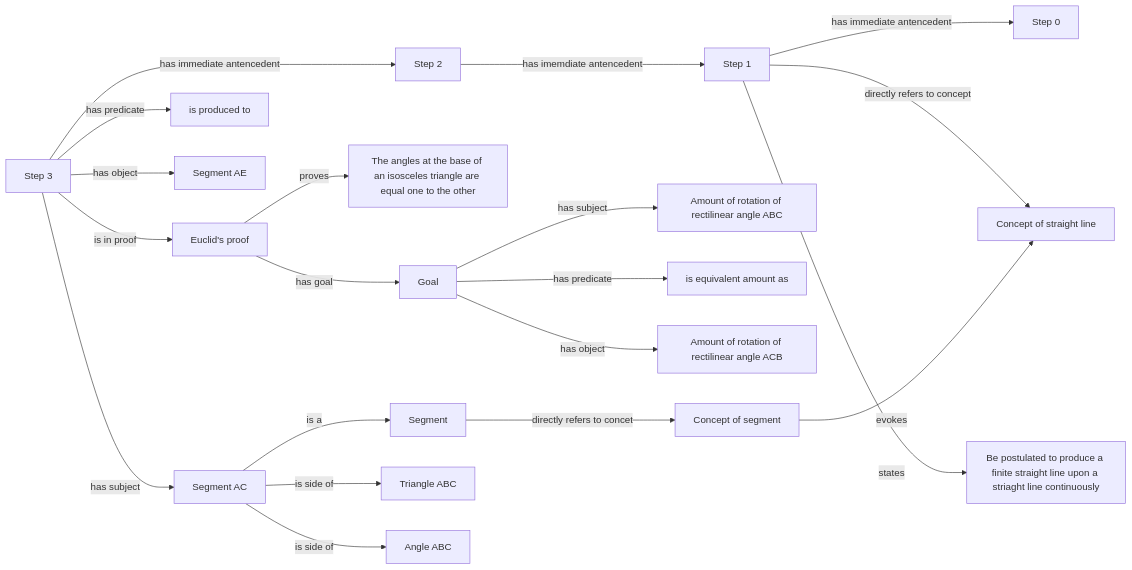
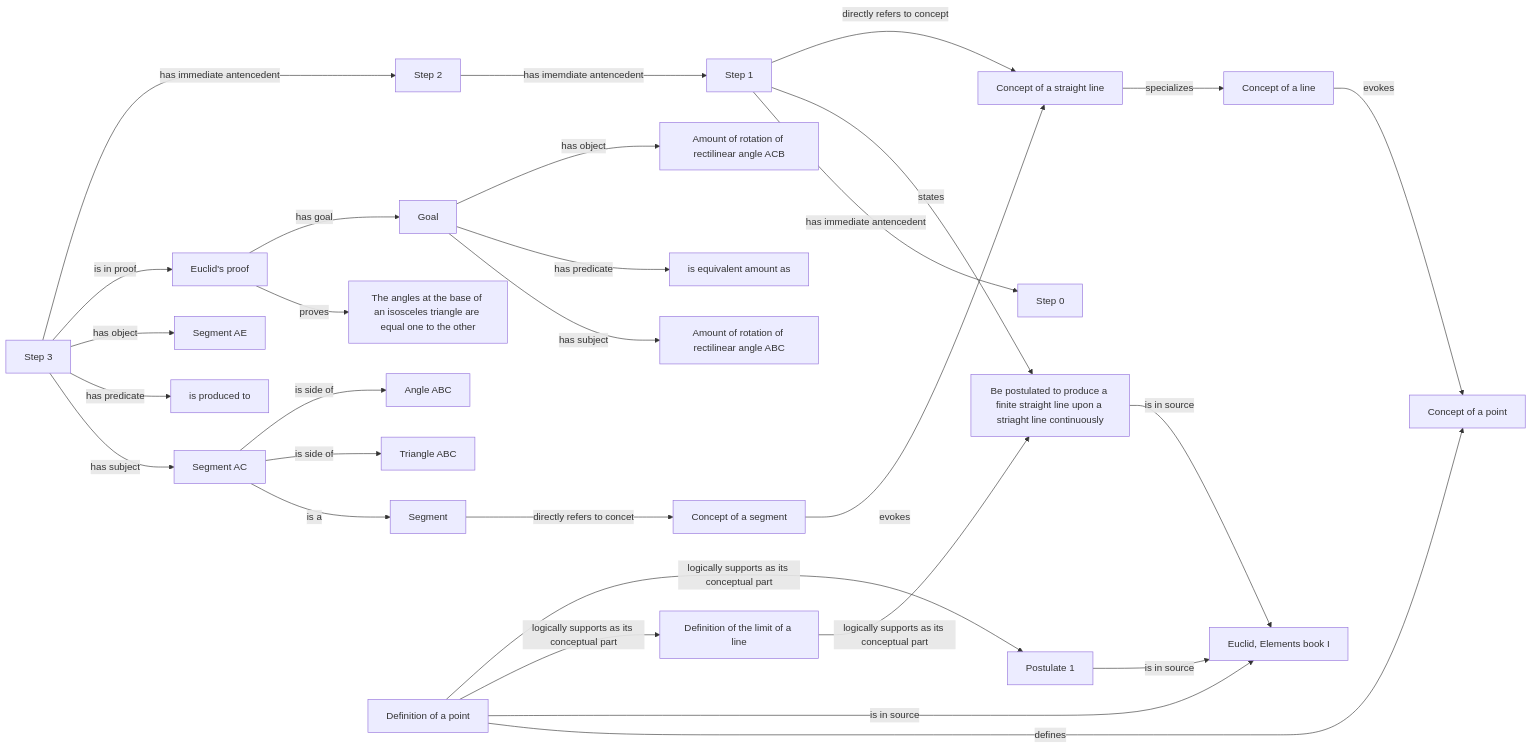
One commit to Mttbnchtt/ontology-and-proofs changed the diagram in ontologies/pappus/diagrams/step3.mmd. Above: the diagram before and after it, drawn with Mermaid.

Commit message:
mermaid code for conceptual space of step 3

```diff
--- a/ontologies/pappus/diagrams/step3.mmd
+++ b/ontologies/pappus/diagrams/step3.mmd
@@ -1,20 +1,29 @@
 flowchart LR
     step3[Step 3]--has subject-->segmentAC[Segment AC] ;
     step3--has predicate-->is_produced_to[is produced to] ;
     step3--has object-->segmentAE[Segment AE] ;
     step3--is in proof-->proofEuclid[Euclid's proof] ;
     step3--has immediate antencedent-->step2[Step 2] ;
     step2--has imemdiate antencedent-->step1[Step 1] ;
     step1--has immediate antencedent-->step0[Step 0] ;
     proofEuclid--proves-->theorem[The angles at the base of an isosceles triangle are equal one to the other] ;
     proofEuclid--has goal-->goal[Goal] ;
     goal--has subject-->rotationABC[Amount of rotation of rectilinear angle ABC] ;
     goal--has predicate-->equivalent_amount[is equivalent amount as] ;
     goal--has object-->rotationACB[Amount of rotation of rectilinear angle ACB] ;
     segmentAC--is a-->segment[Segment] ;
     segmentAC--is side of-->triangleABC[Triangle ABC] ;
     segmentAC--is side of-->angleABC[Angle ABC] ;
-    segment--directly refers to concet-->conceptSegment[Concept of segment] ;
-    conceptSegment--evokes-->conceptStraightLine[Concept of straight line] ;
+    segment--directly refers to concet-->conceptSegment[Concept of a segment] ;
+    conceptSegment--evokes-->conceptStraightLine[Concept of a straight line] ;
     step1--states-->postulate2[Be postulated to produce a finite straight line upon a striaght line continuously] ;
     step1--directly refers to concept-->conceptStraightLine ;
+    conceptStraightLine--specializes-->coonceptLine[Concept of a line] ;
+    coonceptLine--evokes-->conceptPoint[Concept of a point] ;
+    definitionPoint[Definition of a point]--defines-->conceptPoint ;
+    definitionPoint--is in source-->elements[Euclid, Elements book I] ;;
+    definitionPoint--logically supports as its conceptual part-->defnitionLimitOfLine[Definition of the limit of a line] ;
+    definitionPoint--logically supports as its conceptual part-->postulate1[Postulate 1] ;
+    postulate1--is in source-->elements ;
+    postulate2--is in source-->elements ;
+    defnitionLimitOfLine--logically supports as its conceptual part-->postulate2 ;
```
